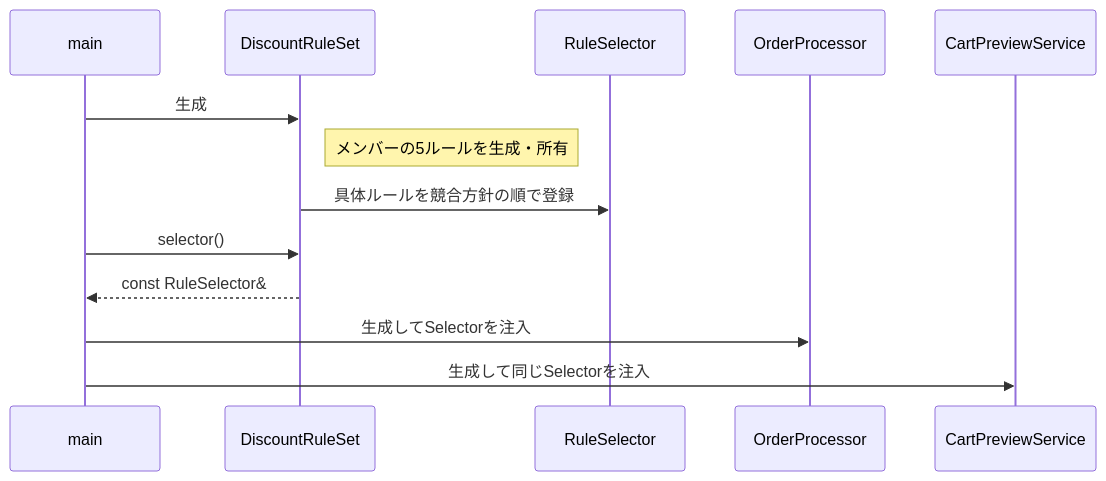
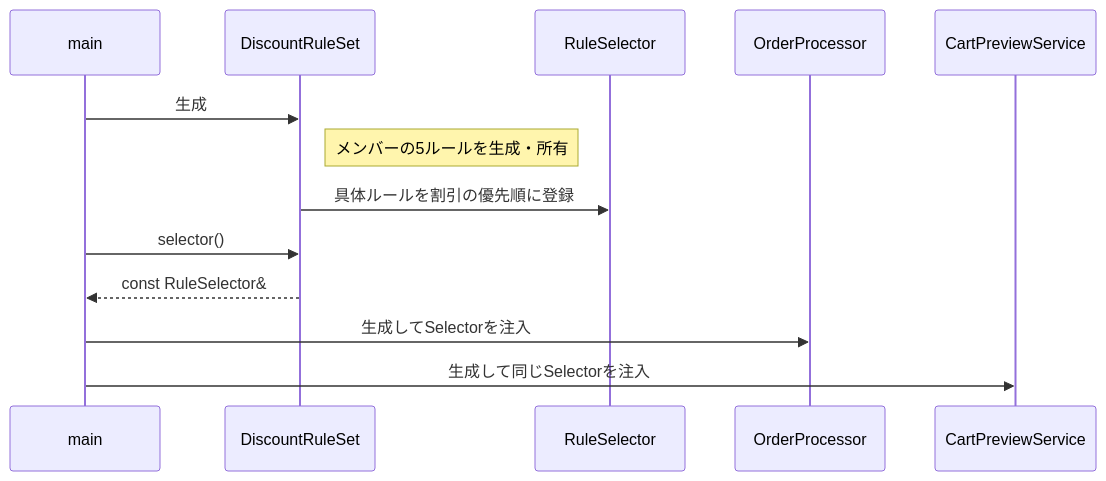
One commit to kumachan1101-pixel/DesignPattern changed diagram 15 of 18 in kindle/design-patterns/books/volume01-core-patterns/output/03-chapter01.md. Above: the diagram before and after it, drawn with Mermaid. The commit also changed other lines of this file and 17 other files, not shown here.

````diff
--- a/kindle/design-patterns/books/volume01-core-patterns/output/03-chapter01.md
+++ b/kindle/design-patterns/books/volume01-core-patterns/output/03-chapter01.md
@@ -1787,16 +1778,16 @@
 ```mermaid
 sequenceDiagram
     participant M as main
     participant D as DiscountRuleSet
     participant S as RuleSelector
     participant O as OrderProcessor
     participant V as CartPreviewService
 
     M->>D: 生成
     Note right of D: メンバーの5ルールを生成・所有
-    D->>S: 具体ルールを競合方針の順で登録
+    D->>S: 具体ルールを割引の優先順に登録
     M->>D: selector()
     D-->>M: const RuleSelector&
     M->>O: 生成してSelectorを注入
     M->>V: 生成して同じSelectorを注入
 ```
````
